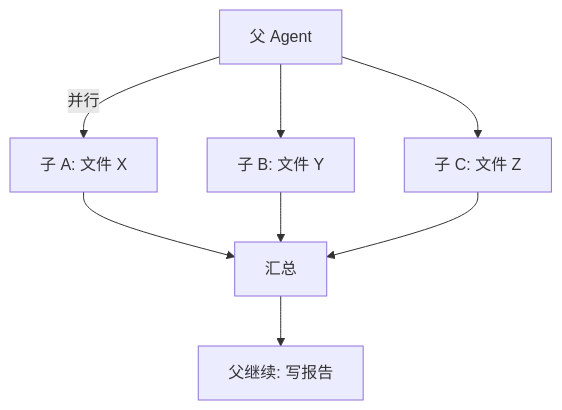
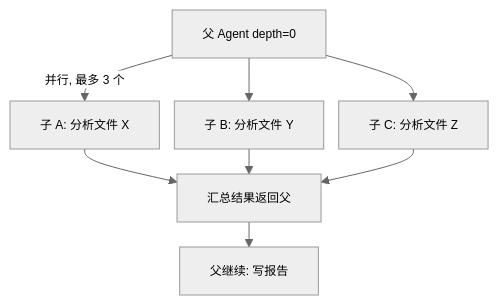
One commit to fang-lin/hermes-agent-code-analysis changed the ninth of 9 diagrams in docs/zh/drafts/02-draft.md. Above: the diagram before and after it, drawn with Mermaid. The commit also changed other lines of this file and 1 other file, not shown here.

First line of the commit message:
第 02 章图表：添加 init 指令缩小字号 + 恢复信息量

````diff
--- a/docs/zh/drafts/02-draft.md
+++ b/docs/zh/drafts/02-draft.md
@@ -382,10 +393,11 @@
 ```mermaid
+%%{init: {"theme": "neutral", "themeVariables": {"fontSize": "12px"}, "flowchart": {"nodeSpacing": 15, "rankSpacing": 25}}}%%
 flowchart TD
-    P["父 Agent"] -->|并行| A["子 A: 文件 X"]
-    P --> B["子 B: 文件 Y"]
-    P --> C["子 C: 文件 Z"]
-    A --> M["汇总"]
+    P["父 Agent depth=0"] -->|"并行, 最多 3 个"| A["子 A: 分析文件 X"]
+    P --> B["子 B: 分析文件 Y"]
+    P --> C["子 C: 分析文件 Z"]
+    A --> M["汇总结果返回父"]
     B --> M
     C --> M
     M --> P2["父继续: 写报告"]
 ```
````
